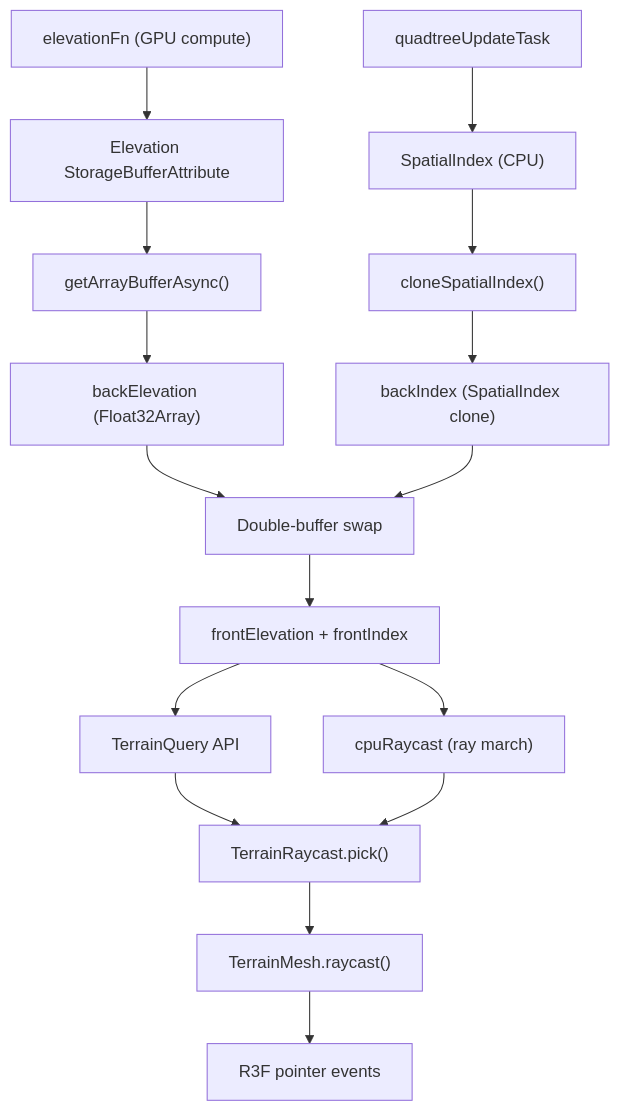
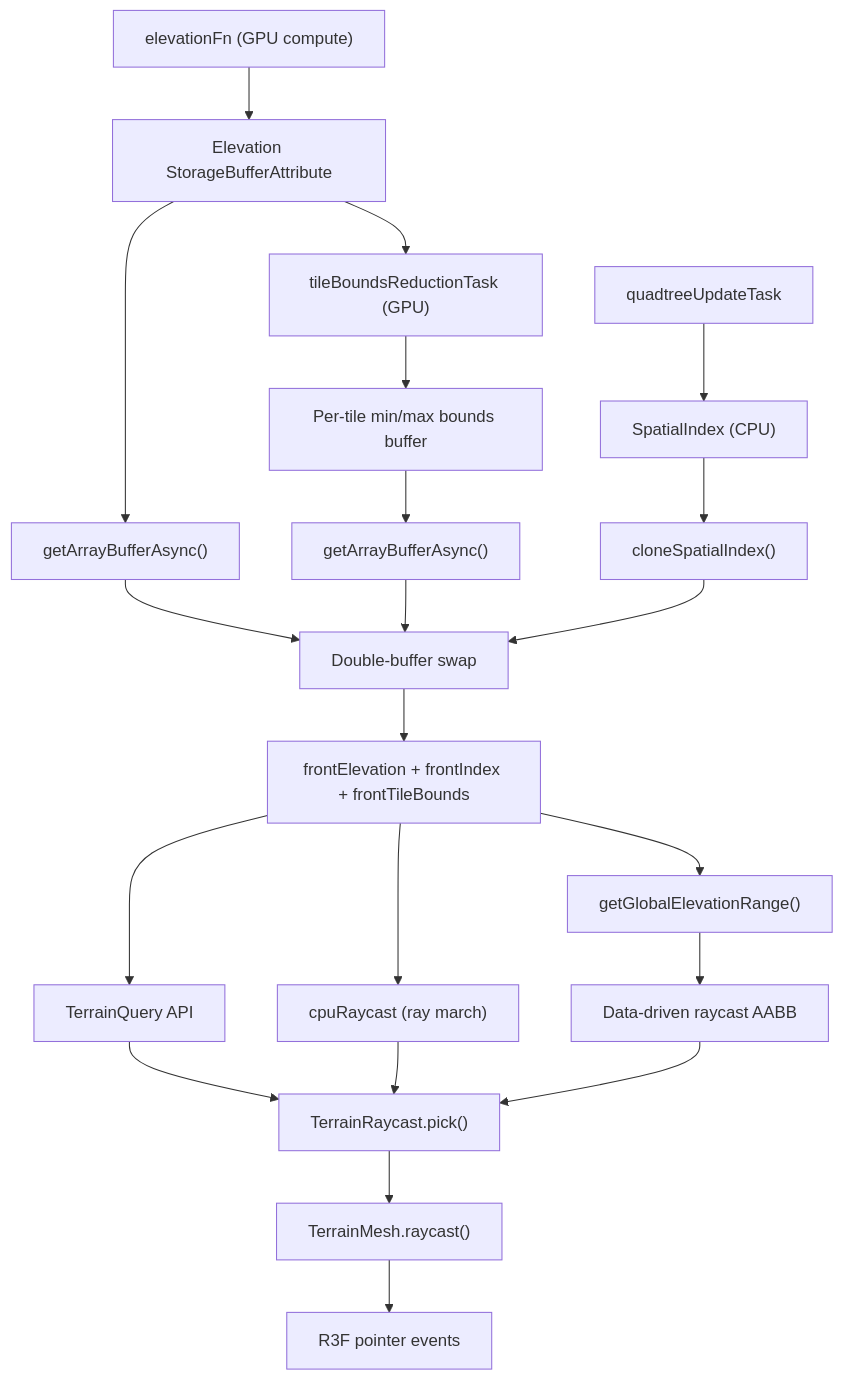
The diagram in apps/docs/content/docs/docs/core/query/how-it-works.mdx (kenjinp/hello-terrain), drawn with Mermaid before and after one commit. The commit also changed other lines of this file and 11 other files, not shown here.

````diff
--- a/apps/docs/content/docs/docs/core/query/how-it-works.mdx
+++ b/apps/docs/content/docs/docs/core/query/how-it-works.mdx
@@ -16,18 +18,23 @@
 ```mermaid
 flowchart TD
     ElevationFn["elevationFn (GPU compute)"] --> ElevationBuffer["Elevation StorageBufferAttribute"]
+    ElevationBuffer --> BoundsReduction["tileBoundsReductionTask (GPU)"]
+    BoundsReduction --> BoundsBuffer["Per-tile min/max bounds buffer"]
     QuadtreeUpdate["quadtreeUpdateTask"] --> LeafIndex["SpatialIndex (CPU)"]
-    ElevationBuffer --> Readback["getArrayBufferAsync()"]
+    ElevationBuffer --> ElevReadback["getArrayBufferAsync()"]
+    BoundsBuffer --> BoundsReadback["getArrayBufferAsync()"]
     LeafIndex --> Clone["cloneSpatialIndex()"]
-    Readback --> BackBuffer["backElevation (Float32Array)"]
-    Clone --> BackIndex["backIndex (SpatialIndex clone)"]
-    BackBuffer --> Swap["Double-buffer swap"]
-    BackIndex --> Swap
-    Swap --> FrontBuffer["frontElevation + frontIndex"]
+    ElevReadback --> Swap["Double-buffer swap"]
+    BoundsReadback --> Swap
+    Clone --> Swap
+    Swap --> FrontBuffer["frontElevation + frontIndex + frontTileBounds"]
     FrontBuffer --> TerrainQuery["TerrainQuery API"]
     FrontBuffer --> CpuRaycast["cpuRaycast (ray march)"]
+    FrontBuffer --> GlobalRange["getGlobalElevationRange()"]
+    GlobalRange --> RaycastAABB["Data-driven raycast AABB"]
     TerrainQuery --> Pick["TerrainRaycast.pick()"]
     CpuRaycast --> Pick
+    RaycastAABB --> Pick
     Pick --> ThreeRaycast["TerrainMesh.raycast()"]
     ThreeRaycast --> PointerEvents["R3F pointer events"]
 ```
````
